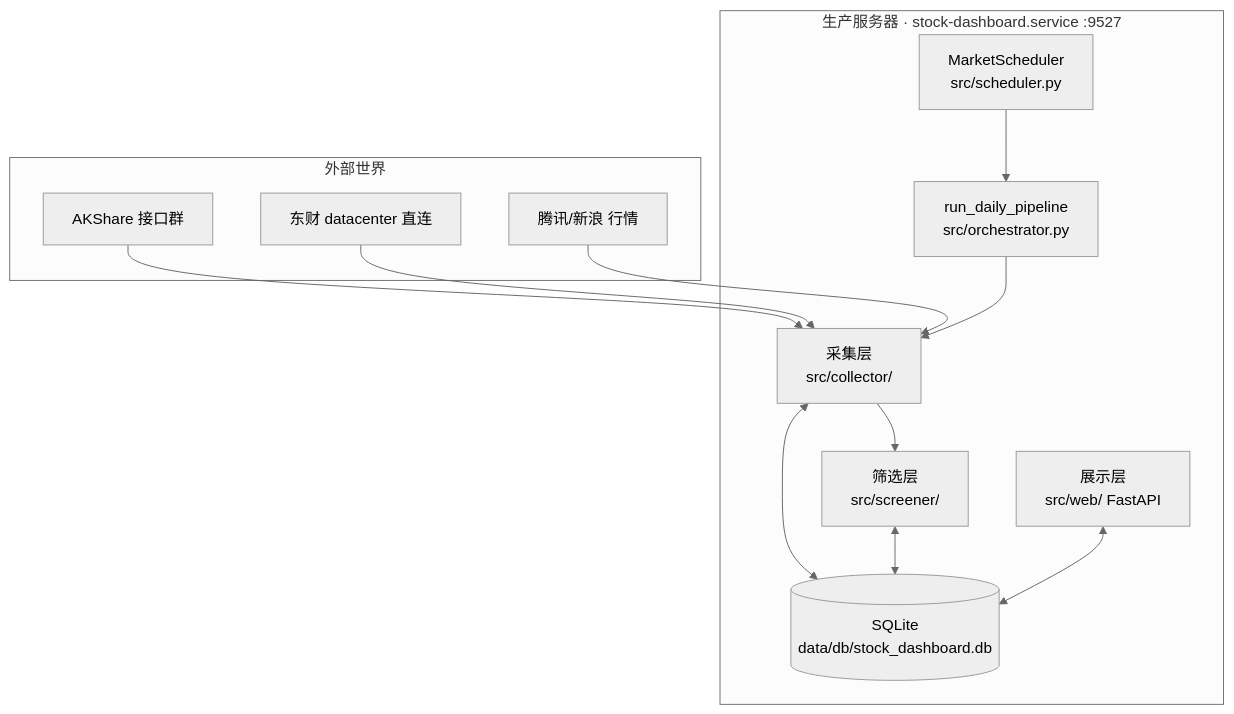
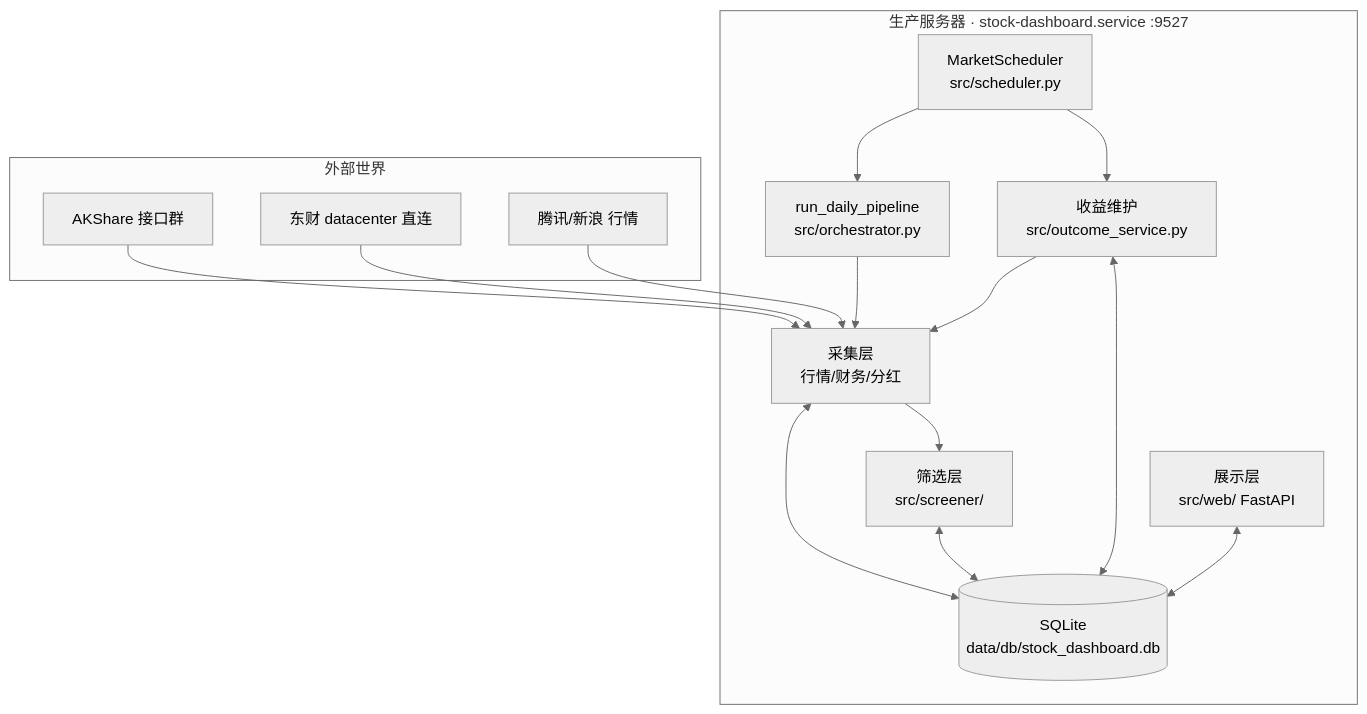
The first of 2 diagrams in docs/architecture.md (oldfunk/stock-dashboard), drawn with Mermaid (neutral theme) before and after one commit. The commit also changed other lines of this file and 6 other files, not shown here.

````diff
--- a/docs/architecture.md
+++ b/docs/architecture.md
@@ -8,26 +8,30 @@
 ```mermaid
 flowchart TB
     subgraph EXT[外部世界]
         AK[AKShare 接口群]
         EM[东财 datacenter 直连]
         TX[腾讯/新浪 行情]
     end
 
     subgraph PROD[生产服务器 · stock-dashboard.service :9527]
         SCH[MarketScheduler<br/>src/scheduler.py]
         ORCH[run_daily_pipeline<br/>src/orchestrator.py]
-        COL[采集层<br/>src/collector/]
+        COL[采集层<br/>行情/财务/分红]
         SCR[筛选层<br/>src/screener/]
+        OUT[收益维护<br/>src/outcome_service.py]
         WEB[展示层<br/>src/web/ FastAPI]
         DB[(SQLite<br/>data/db/stock_dashboard.db)]
     end
 
     AK --> COL
     EM --> COL
     TX --> COL
     SCH --> ORCH
+    SCH --> OUT
     ORCH --> COL --> SCR
+    OUT --> COL
     COL <--> DB
     SCR <--> DB
+    OUT <--> DB
     WEB <--> DB
 ```
````
